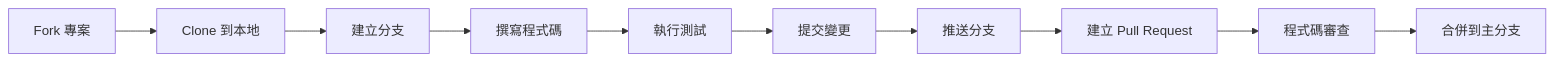
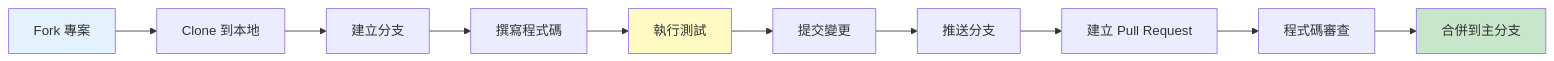
Before and after one commit to tboydar/service-booking-api: diagram 21 of 22 in README.md, drawn with Mermaid. The commit also changed other lines of this file and 11 other files, not shown here.

````diff
--- a/README.md
+++ b/README.md
@@ -1544,13 +1398,16 @@
 ```mermaid
 flowchart LR
     Fork[Fork 專案] --> Clone[Clone 到本地]
     Clone --> Branch[建立分支]
     Branch --> Code[撰寫程式碼]
     Code --> Test[執行測試]
     Test --> Commit[提交變更]
     Commit --> Push[推送分支]
     Push --> PR[建立 Pull Request]
     PR --> Review[程式碼審查]
     Review --> Merge[合併到主分支]
 
+    style Fork fill:#e3f2fd
+    style Test fill:#fff9c4
+    style Merge fill:#c8e6c9
 ```
````
